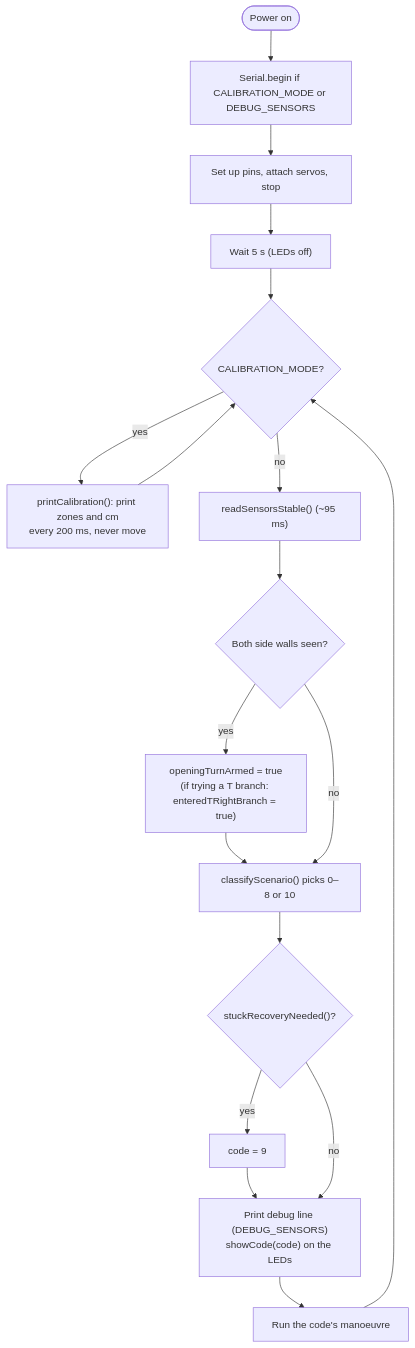
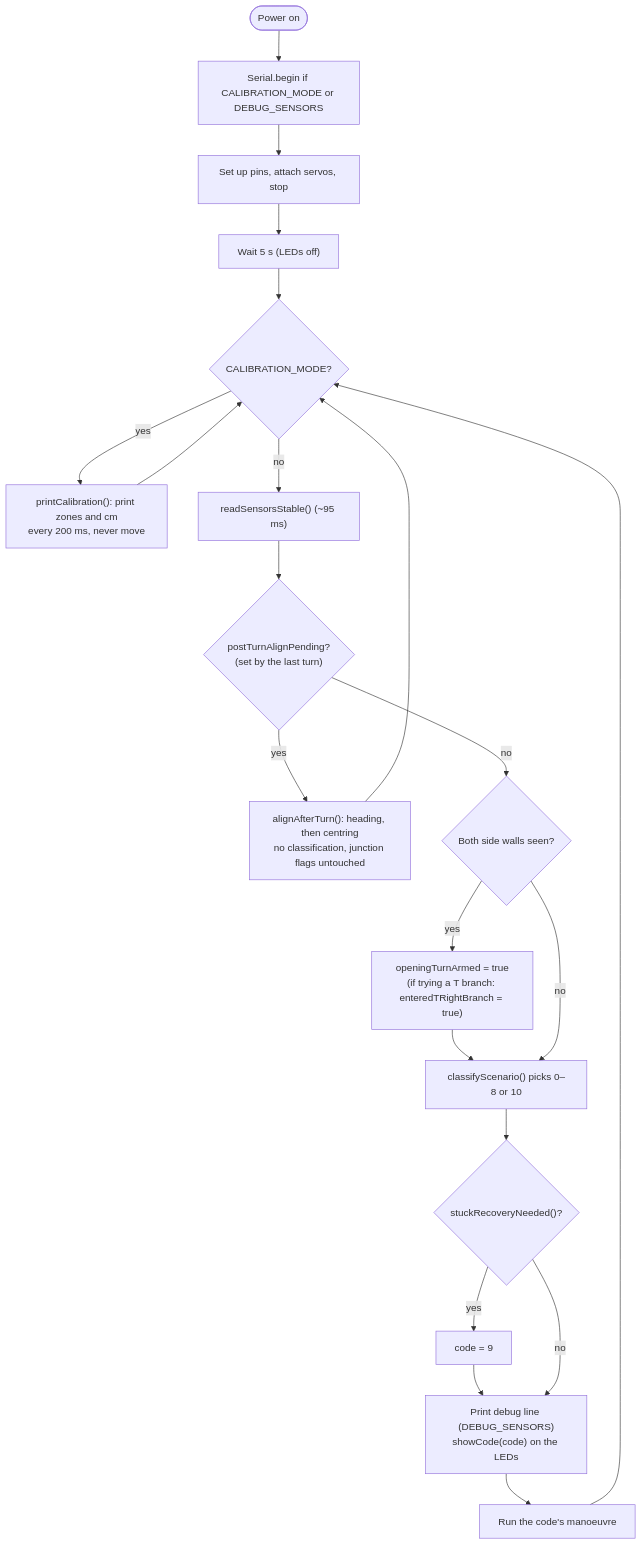
One commit to baotichnguyenn/ELEC1601-End-Project changed the first of 2 diagrams in README.md. Above: the diagram before and after it, drawn with Mermaid. The commit also changed other lines of this file and 3 other files, not shown here.

Commit message:
Added self centreing post turn and callibration guide

````diff
--- a/README.md
+++ b/README.md
@@ -84,16 +85,18 @@
 ```mermaid
 flowchart TD
     ON([Power on]) --> S1["Serial.begin if CALIBRATION_MODE or DEBUG_SENSORS"]
     S1 --> S2["Set up pins, attach servos, stop"]
     S2 --> S3["Wait 5 s (LEDs off)"]
     S3 --> L0{"CALIBRATION_MODE?"}
     L0 -- yes --> CAL["printCalibration(): print zones and cm<br/>every 200 ms, never move"] --> L0
     L0 -- no --> R["readSensorsStable() (~95 ms)"]
-    R --> ARM{"Both side walls seen?"}
+    R --> AL{"postTurnAlignPending?<br/>(set by the last turn)"}
+    AL -- yes --> ALIGN["alignAfterTurn(): heading, then centring<br/>no classification, junction flags untouched"] --> L0
+    AL -- no --> ARM{"Both side walls seen?"}
     ARM -- yes --> ARM2["openingTurnArmed = true<br/>(if trying a T branch: enteredTRightBranch = true)"] --> C
     ARM -- no --> C["classifyScenario() picks 0–8 or 10"]
     C --> ST{"stuckRecoveryNeeded()?"}
     ST -- yes --> C9["code = 9"] --> D
     ST -- no --> D["Print debug line (DEBUG_SENSORS)<br/>showCode(code) on the LEDs"]
     D --> ACT["Run the code's manoeuvre"] --> L0
 ```
````
